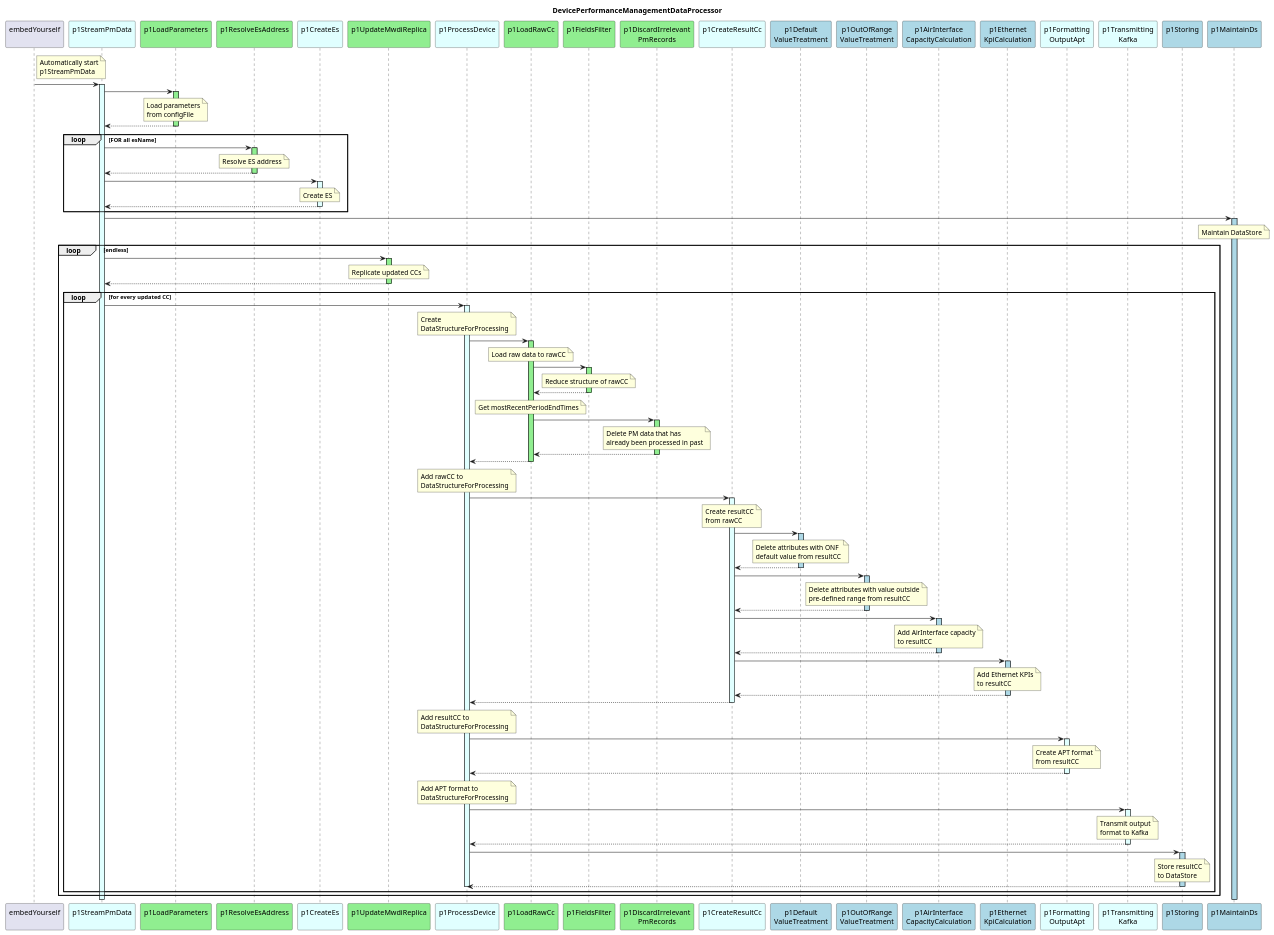
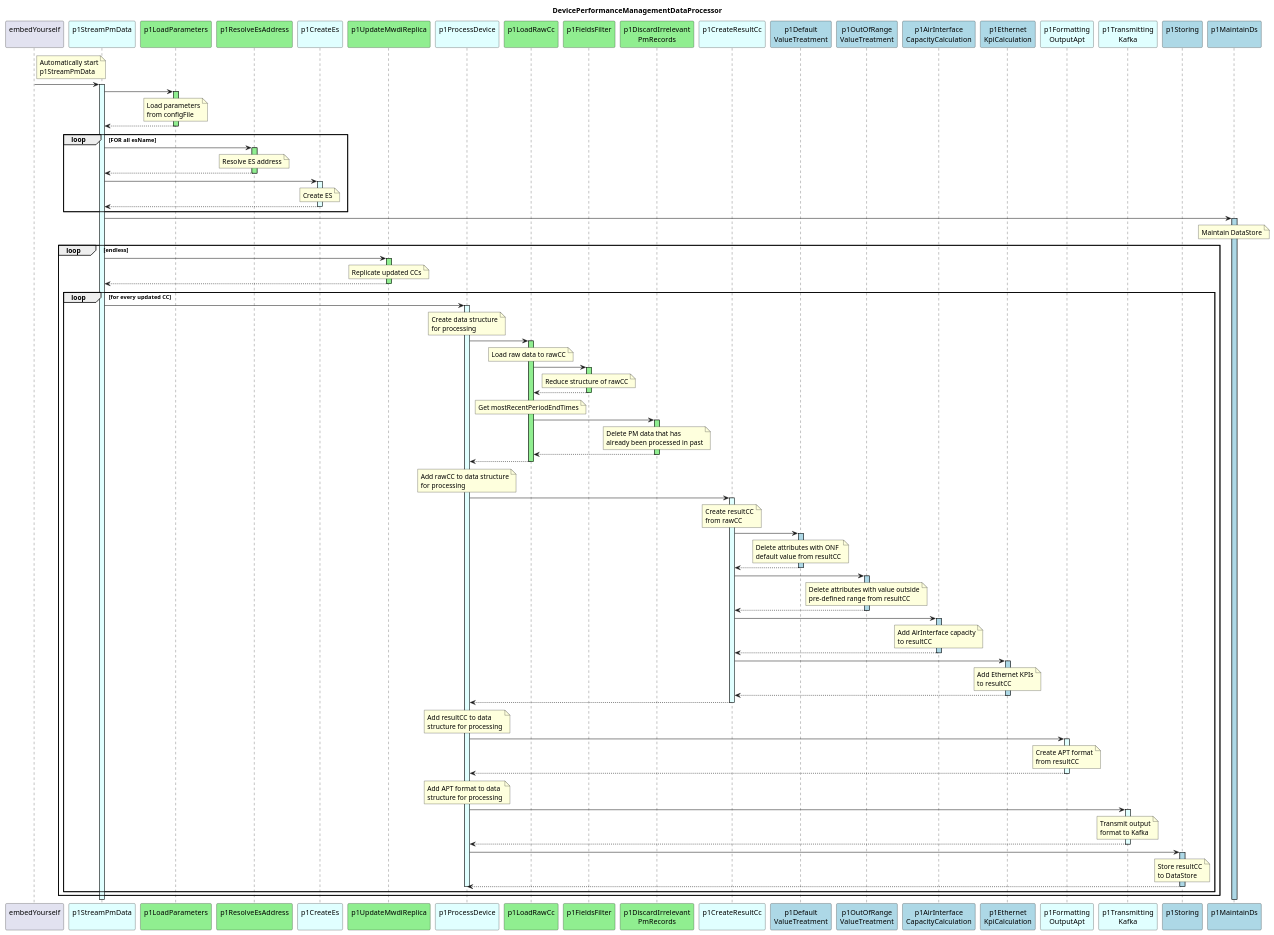
Before and after one commit to openBackhaul/DevicePerformanceManagementDataProcessor: the diagram in spec/diagrams/hl_sequence.plantuml, drawn with PlantUML. The commit also changed 27 other files, not shown here.

```diff
--- a/spec/diagrams/hl_sequence.plantuml
+++ b/spec/diagrams/hl_sequence.plantuml
@@ -91,8 +91,8 @@
       activate p1ProcessPm #LightCyan
 
         note over p1ProcessPm
-          Create
-          DataStructureForProcessing
+          Create data structure
+          for processing
         end note
 
         ' create RawCC ->
@@ -134,8 +134,8 @@
         deactivate p1AddRaw
 
         note over p1ProcessPm
-          Add rawCC to
-          DataStructureForProcessing
+          Add rawCC to data structure
+          for processing
         end note
 
         ' create resultCC ->
@@ -199,8 +199,8 @@
         deactivate p1CreateResultCC
 
         note over p1ProcessPm
-          Add resultCC to
-          DataStructureForProcessing
+          Add resultCC to data 
+          structure for processing
         end note
 
         ' Format OutputAPT ->
@@ -216,8 +216,8 @@
         deactivate p1Output
 
         note over p1ProcessPm
-          Add APT format to
-          DataStructureForProcessing
+          Add APT format to data
+          structure for processing
         end note
 
         ' transmit data ->
```
